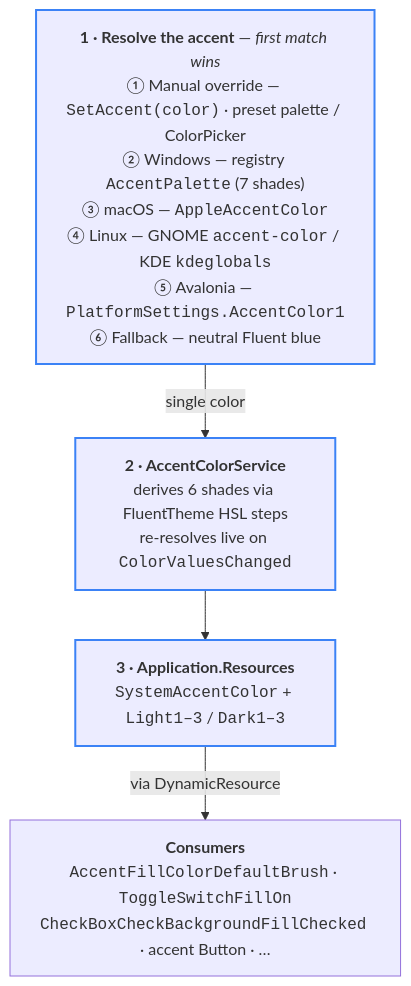
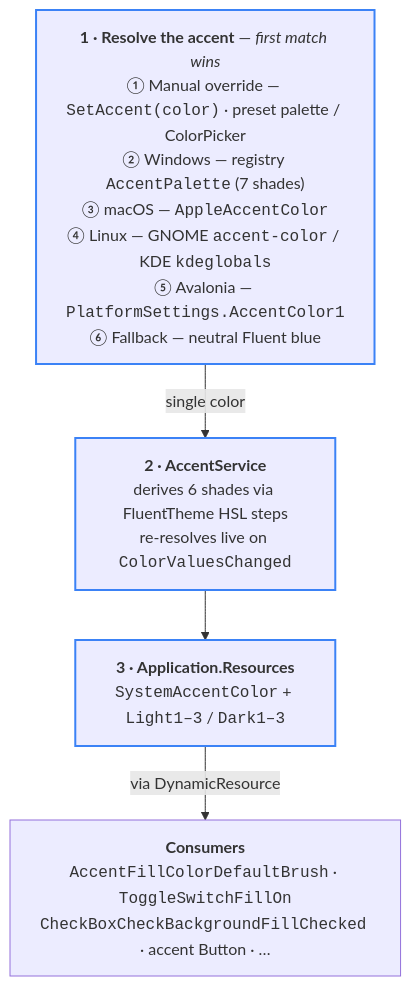
Before and after one commit to Alpaq92/Fluid.Avalonia: the diagram in OVERVIEW.md, drawn with Mermaid. The commit also changed other lines of this file and 9 other files, not shown here.

First line of the commit message:
refactor: rename AccentColorService to AccentService (Presets -> Preset)

````diff
--- a/OVERVIEW.md
+++ b/OVERVIEW.md
@@ -32,10 +32,10 @@
 ```mermaid
 flowchart TD
     SRC["<b>1 · Resolve the accent</b> — <i>first match wins</i><br/>① Manual override — <code>SetAccent(color)</code> · preset palette / ColorPicker<br/>② Windows — registry <code>AccentPalette</code> (7 shades)<br/>③ macOS — <code>AppleAccentColor</code><br/>④ Linux — GNOME <code>accent-color</code> / KDE <code>kdeglobals</code><br/>⑤ Avalonia — <code>PlatformSettings.AccentColor1</code><br/>⑥ Fallback — neutral Fluent blue"]
-    SRC -->|single color| SVC["<b>2 · AccentColorService</b><br/>derives 6 shades via FluentTheme HSL steps<br/>re-resolves live on <code>ColorValuesChanged</code>"]
+    SRC -->|single color| SVC["<b>2 · AccentService</b><br/>derives 6 shades via FluentTheme HSL steps<br/>re-resolves live on <code>ColorValuesChanged</code>"]
     SVC --> RES["<b>3 · Application.Resources</b><br/><code>SystemAccentColor</code> + <code>Light1–3</code> / <code>Dark1–3</code>"]
     RES -->|via DynamicResource| CONS["<b>Consumers</b><br/><code>AccentFillColorDefaultBrush</code> · <code>ToggleSwitchFillOn</code><br/><code>CheckBoxCheckBackgroundFillChecked</code> · accent Button · …"]
 
     classDef stage stroke:#3b82f6,stroke-width:2px;
     class SRC,SVC,RES stage;
 ```
````
